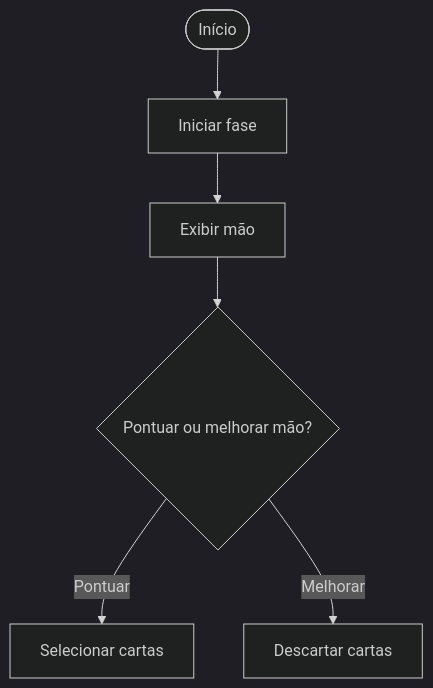
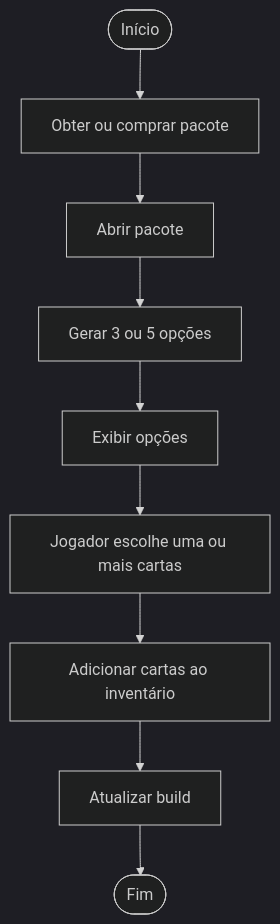
One commit to egs3-coder/Projeto-Interno changed the seventh of 14 diagrams in README.md. Above: the diagram before and after it, drawn with Mermaid (dark theme). The commit also changed other lines of this file, not shown here.

````diff
--- a/README.md
+++ b/README.md
@@ -128,8 +185,11 @@
 ```mermaid
 flowchart TD
-    A([Início]) --> B[Iniciar fase]
-    B --> C[Exibir mão]
-    C --> D{Pontuar ou melhorar mão?}
-    D -->|Pontuar| E[Selecionar cartas]
-    D -->|Melhorar| F[Descartar cartas]
+    A([Início]) --> B[Obter ou comprar pacote]
+    B --> C[Abrir pacote]
+    C --> D[Gerar 3 ou 5 opções]
+    D --> E[Exibir opções]
+    E --> F[Jogador escolhe uma ou mais cartas]
+    F --> G[Adicionar cartas ao inventário]
+    G --> H[Atualizar build]
+    H --> I([Fim])
 ```
````
